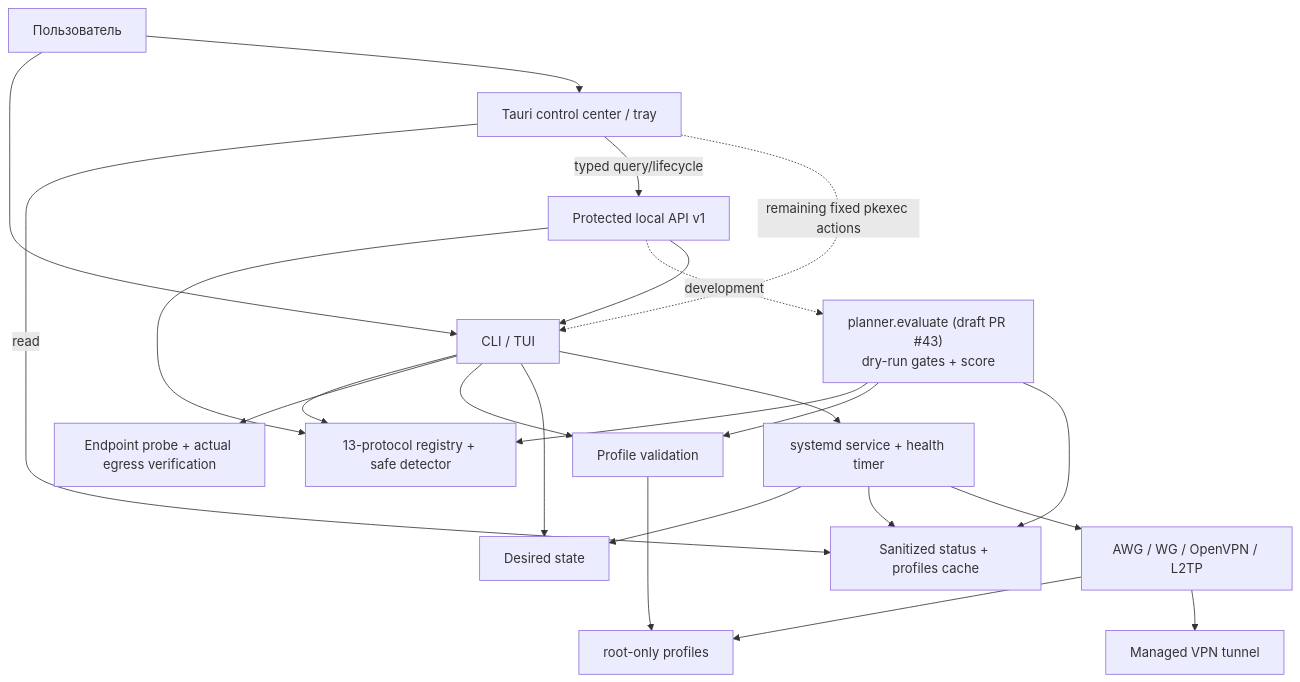
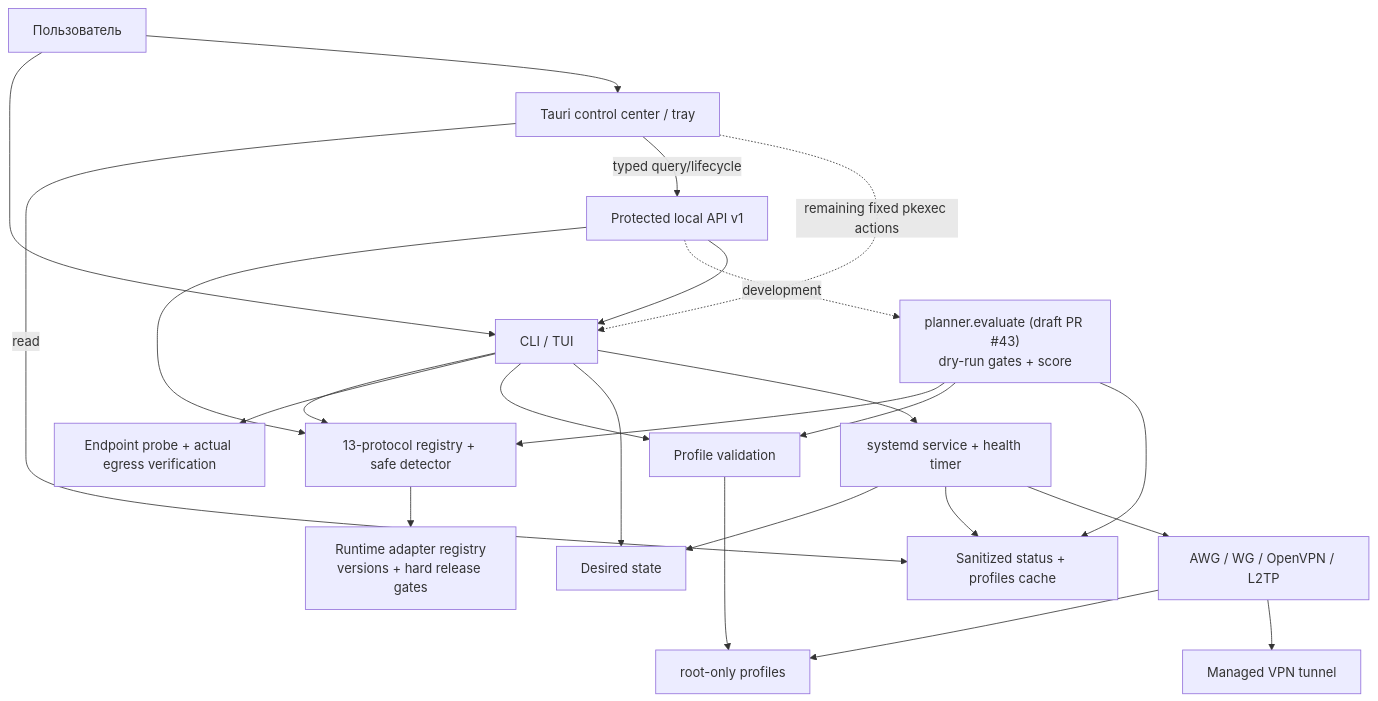
The first of 3 diagrams in wiki/Architecture.md (mazurovn/mazzy-vpn), drawn with Mermaid before and after one commit. The commit also changed other lines of this file and 41 other files, not shown here.

````diff
--- a/wiki/Architecture.md
+++ b/wiki/Architecture.md
@@ -10,40 +10,42 @@
 ```mermaid
 flowchart TB
     User["Пользователь"]
     TUI["CLI / TUI"]
     Desktop["Tauri control center / tray"]
     API["Protected local API v1"]
     Registry["13-protocol registry + safe detector"]
+    RuntimeRegistry["Runtime adapter registry<br/>versions + hard release gates"]
     Planner["planner.evaluate (draft PR #43)<br/>dry-run gates + score"]
     Cache["Sanitized status + profiles cache"]
     Verify["Endpoint probe + actual egress verification"]
     Validate["Profile validation"]
     State["Desired state"]
     Systemd["systemd service + health timer"]
     Engines["AWG / WG / OpenVPN / L2TP"]
     Profiles["root-only profiles"]
     Tunnel["Managed VPN tunnel"]
 
     User --> TUI
     User --> Desktop
     Desktop -->|read| Cache
     Desktop -->|typed query/lifecycle| API
     TUI --> Registry
+    Registry --> RuntimeRegistry
     API --> Registry
     API -. development .-> Planner
     Planner --> Registry
     Planner --> Validate
     Planner --> Cache
     API --> TUI
     Desktop -. remaining fixed pkexec actions .-> TUI
     TUI --> Verify
     TUI --> Validate
     Validate --> Profiles
     TUI --> State
     TUI --> Systemd
     Systemd --> State
     Systemd --> Cache
     Systemd --> Engines
     Engines --> Profiles
     Engines --> Tunnel
 ```
````
